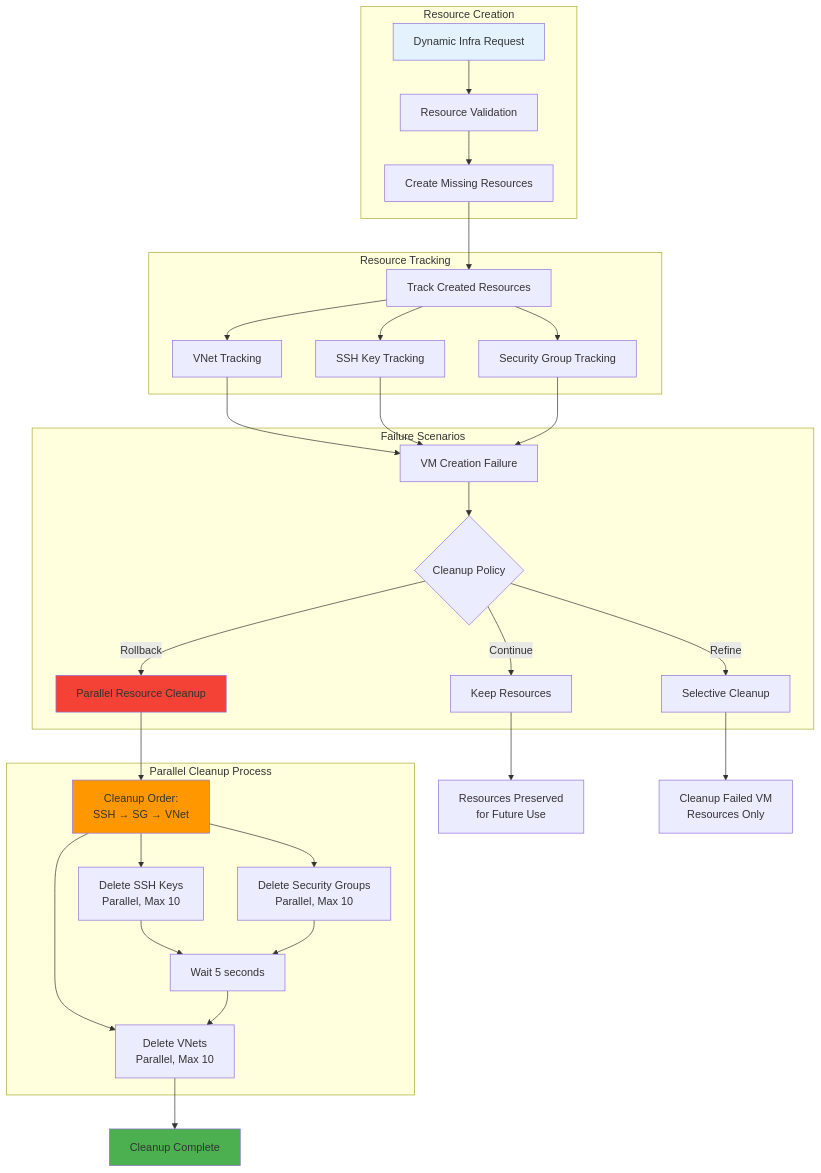
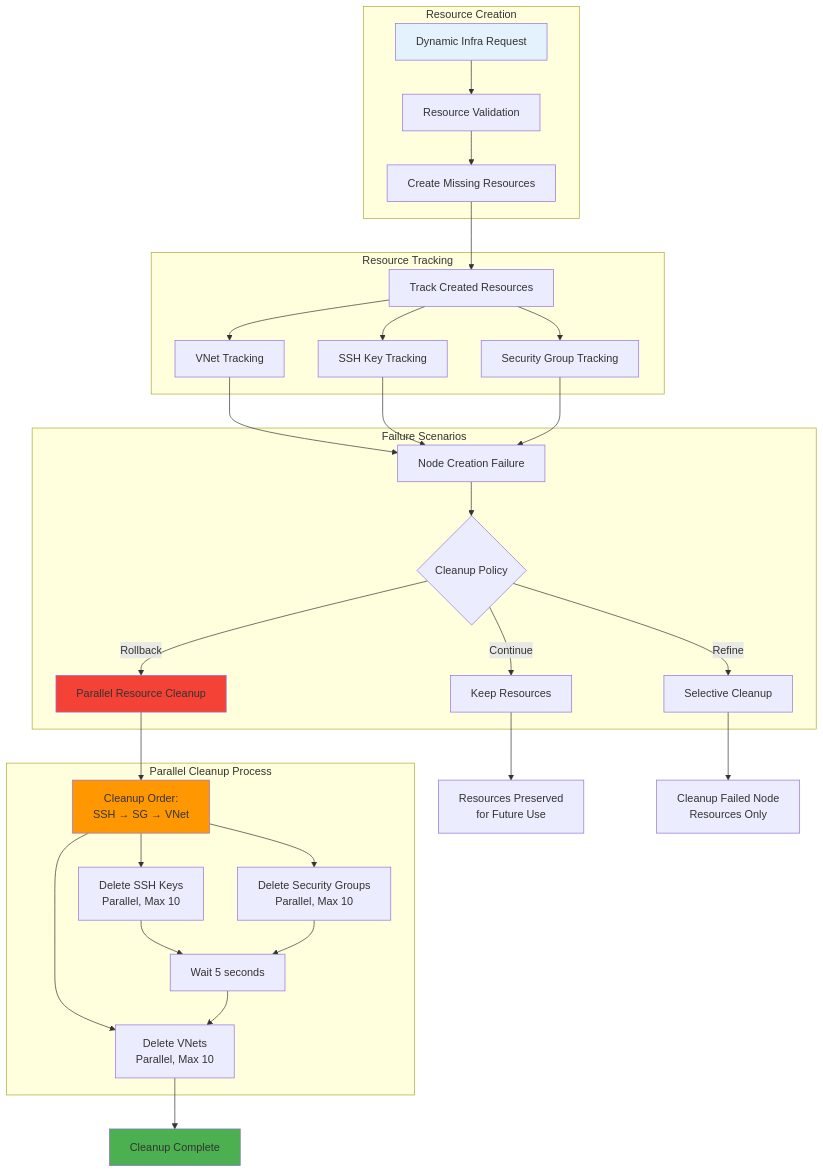
Before and after one commit to cloud-barista/cb-tumblebug: the ninth of 9 diagrams in docs/feature_guide/high-scale-provisioning-architecture.md, drawn with Mermaid. The commit also changed other lines of this file and 81 other files, not shown here.

````diff
--- a/docs/feature_guide/high-scale-provisioning-architecture.md
+++ b/docs/feature_guide/high-scale-provisioning-architecture.md
@@ -415,52 +415,52 @@
 ```mermaid
 flowchart TD
     subgraph "Resource Creation"
         DYNAMIC[Dynamic Infra Request]
         VALIDATE[Resource Validation]
         CREATE_RES[Create Missing Resources]
         
         DYNAMIC --> VALIDATE
         VALIDATE --> CREATE_RES
     end
     
     subgraph "Resource Tracking"
         CREATE_RES --> TRACK[Track Created Resources]
         TRACK --> VNET_TRACK[VNet Tracking]
         TRACK --> SSH_TRACK[SSH Key Tracking]
         TRACK --> SG_TRACK[Security Group Tracking]
     end
     
     subgraph "Failure Scenarios"
-        VM_FAIL[VM Creation Failure]
+        VM_FAIL[Node Creation Failure]
         POLICY_CHECK{Cleanup Policy}
         
         VM_FAIL --> POLICY_CHECK
         POLICY_CHECK -->|Rollback| PARALLEL_CLEANUP[Parallel Resource Cleanup]
         POLICY_CHECK -->|Continue| KEEP_RESOURCES[Keep Resources]
         POLICY_CHECK -->|Refine| SELECTIVE_CLEANUP[Selective Cleanup]
     end
     
     subgraph "Parallel Cleanup Process"
         PARALLEL_CLEANUP --> CLEANUP_ORDER[Cleanup Order:<br/>SSH → SG → VNet]
         CLEANUP_ORDER --> SSH_DEL[Delete SSH Keys<br/>Parallel, Max 10]
         CLEANUP_ORDER --> SG_DEL[Delete Security Groups<br/>Parallel, Max 10]
         CLEANUP_ORDER --> VNET_DEL[Delete VNets<br/>Parallel, Max 10]
         
         SSH_DEL --> WAIT1[Wait 5 seconds]
         SG_DEL --> WAIT1
         WAIT1 --> VNET_DEL
     end
     
     VNET_TRACK --> VM_FAIL
     SSH_TRACK --> VM_FAIL
     SG_TRACK --> VM_FAIL
     
     VNET_DEL --> CLEANUP_COMPLETE[Cleanup Complete]
     KEEP_RESOURCES --> RESOURCES_KEPT[Resources Preserved<br/>for Future Use]
-    SELECTIVE_CLEANUP --> PARTIAL_CLEANUP[Cleanup Failed VM<br/>Resources Only]
+    SELECTIVE_CLEANUP --> PARTIAL_CLEANUP[Cleanup Failed Node<br/>Resources Only]
     
     style DYNAMIC fill:#e3f2fd
     style PARALLEL_CLEANUP fill:#f44336
     style CLEANUP_ORDER fill:#ff9800
     style CLEANUP_COMPLETE fill:#4caf50
 ```
````
